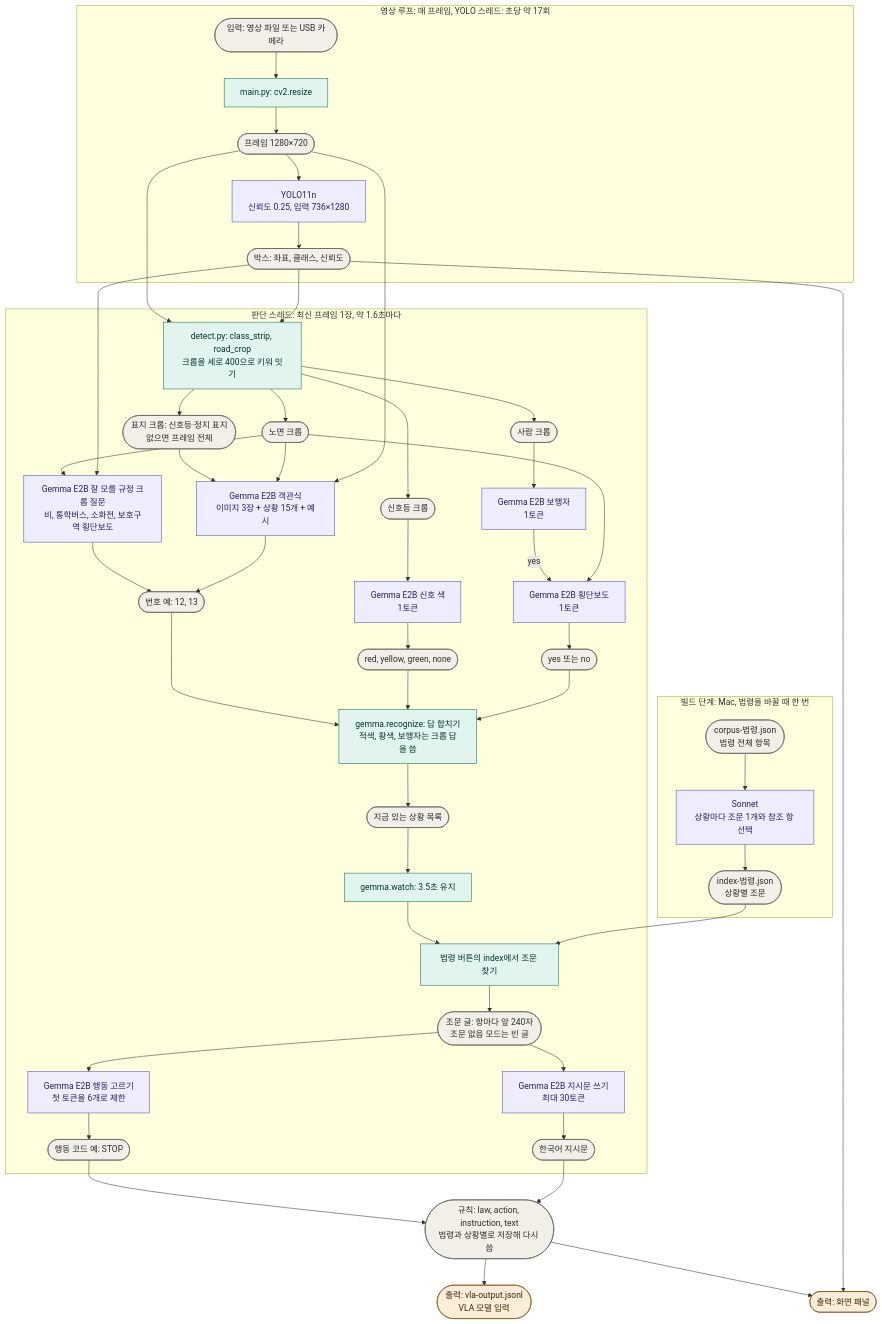
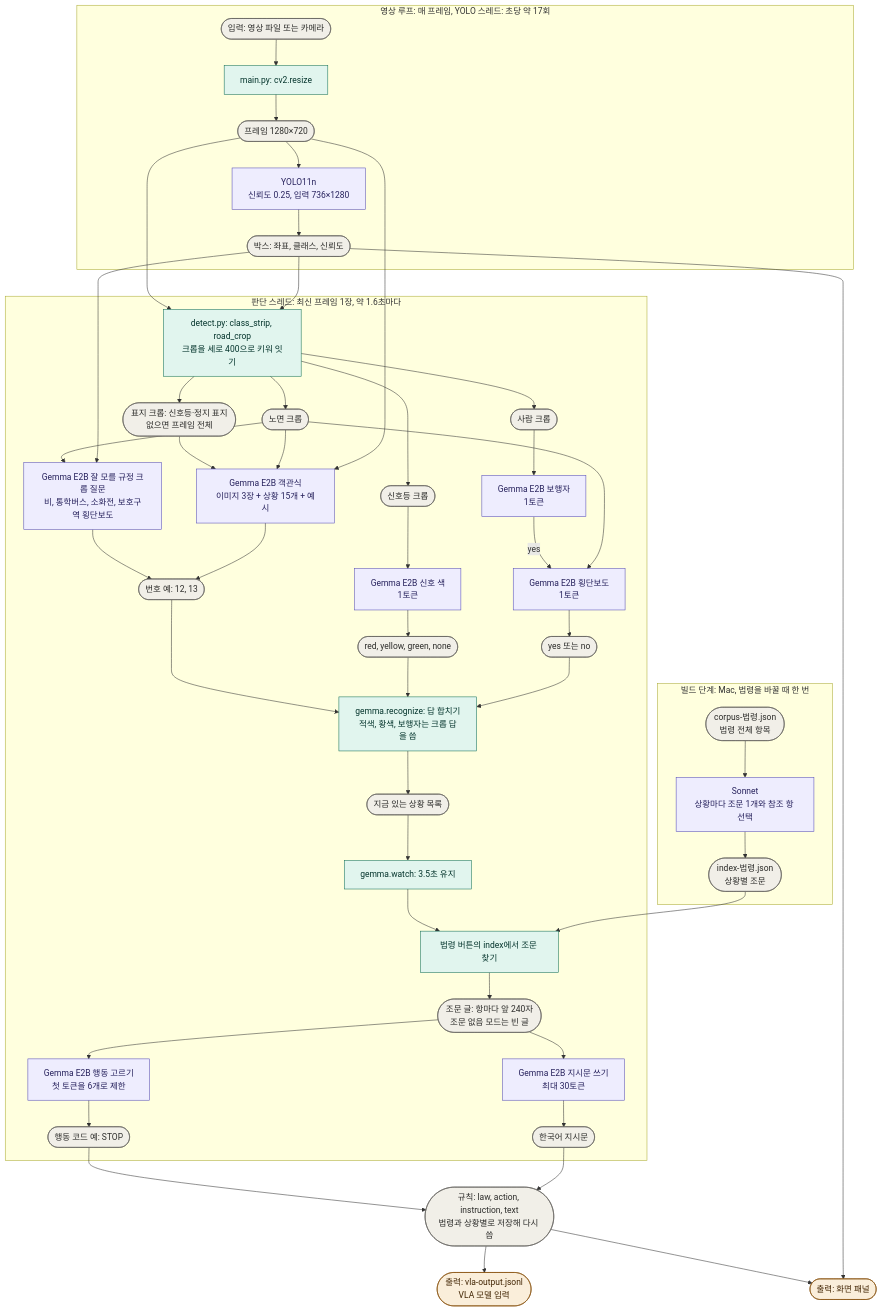
The diagram in Project03/README.md (Nedian0Brien/Vision-LLM-202035152), drawn with Mermaid before and after one commit. The commit also changed other lines of this file and 1 other file, not shown here.

Commit message:
feat: 카메라 pipeline 자동 탐지와 16:9 자르기 추가

````diff
--- a/Project03/README.md
+++ b/Project03/README.md
@@ -15,61 +15,61 @@
 ```mermaid
 flowchart TD
   subgraph S0["빌드 단계: Mac, 법령을 바꿀 때 한 번"]
     C0(["corpus-법령.json<br/>법령 전체 항목"]):::data --> C1["Sonnet<br/>상황마다 조문 1개와 참조 항 선택"]:::model
     C1 --> IDX(["index-법령.json<br/>상황별 조문"]):::data
   end
   subgraph S1["영상 루프: 매 프레임, YOLO 스레드: 초당 약 17회"]
-    IN(["입력: 영상 파일 또는 USB 카메라"]):::data --> RS["main.py: cv2.resize"]:::code
+    IN(["입력: 영상 파일 또는 카메라"]):::data --> RS["main.py: cv2.resize"]:::code
     RS --> FR(["프레임 1280×720"]):::data
     FR --> Y["YOLO11n<br/>신뢰도 0.25, 입력 736×1280"]:::model
     Y --> BX(["박스: 좌표, 클래스, 신뢰도"]):::data
   end
   subgraph S2["판단 스레드: 최신 프레임 1장, 약 1.6초마다"]
     CP["detect.py: class_strip, road_crop<br/>크롭을 세로 400으로 키워 잇기"]:::code
     CP --> IA(["표지 크롭: 신호등·정지 표지<br/>없으면 프레임 전체"]):::data
     CP --> IB(["신호등 크롭"]):::data
     CP --> IC(["사람 크롭"]):::data
     CP --> ID(["노면 크롭"]):::data
     G1["Gemma E2B 객관식<br/>이미지 3장 + 상황 15개 + 예시"]:::model
     G2["Gemma E2B 신호 색<br/>1토큰"]:::model
     G3["Gemma E2B 보행자<br/>1토큰"]:::model
     G4["Gemma E2B 횡단보도<br/>1토큰"]:::model
     G5["Gemma E2B 잘 모를 규정 크롭 질문<br/>비, 통학버스, 소화전, 보호구역 횡단보도"]:::model
     IA --> G1
     ID --> G1
     IB --> G2
     IC --> G3
     G3 -- "yes" --> G4
     ID --> G4
     ID --> G5
     BX --> G5
     G5 --> A1
     G1 --> A1(["번호 예: 12, 13"]):::data
     G2 --> A2(["red, yellow, green, none"]):::data
     G4 --> A3(["yes 또는 no"]):::data
     A1 --> MG["gemma.recognize: 답 합치기<br/>적색, 황색, 보행자는 크롭 답을 씀"]:::code
     A2 --> MG
     A3 --> MG
     MG --> FD(["지금 있는 상황 목록"]):::data
     FD --> HD["gemma.watch: 3.5초 유지"]:::code
     HD --> LK["법령 버튼의 index에서 조문 찾기"]:::code
     LK --> TX(["조문 글: 항마다 앞 240자<br/>조문 없음 모드는 빈 글"]):::data
     TX --> R1["Gemma E2B 행동 고르기<br/>첫 토큰을 6개로 제한"]:::model
     TX --> R2["Gemma E2B 지시문 쓰기<br/>최대 30토큰"]:::model
     R1 --> AC(["행동 코드 예: STOP"]):::data
     R2 --> IS(["한국어 지시문"]):::data
   end
   AC --> RL(["규칙: law, action, instruction, text<br/>법령과 상황별로 저장해 다시 씀"]):::data
   IS --> RL
   RL --> O1(["출력: vla-output.jsonl<br/>VLA 모델 입력"]):::out
   RL --> O2(["출력: 화면 패널"]):::out
   BX --> O2
   FR --> G1
   FR --> CP
   BX --> CP
   IDX --> LK
   classDef model fill:#EEEDFE,stroke:#534AB7,color:#26215C
   classDef code fill:#E1F5EE,stroke:#0F6E56,color:#04342C
   classDef data fill:#F1EFE8,stroke:#5F5E5A,color:#2C2C2A
   classDef out fill:#FAEEDA,stroke:#854F0B,color:#412402
 ```
````
